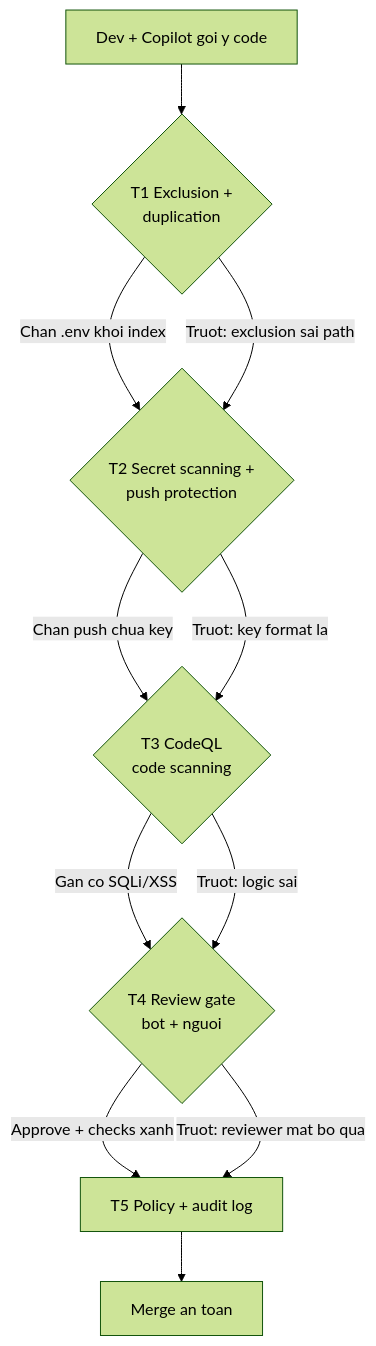
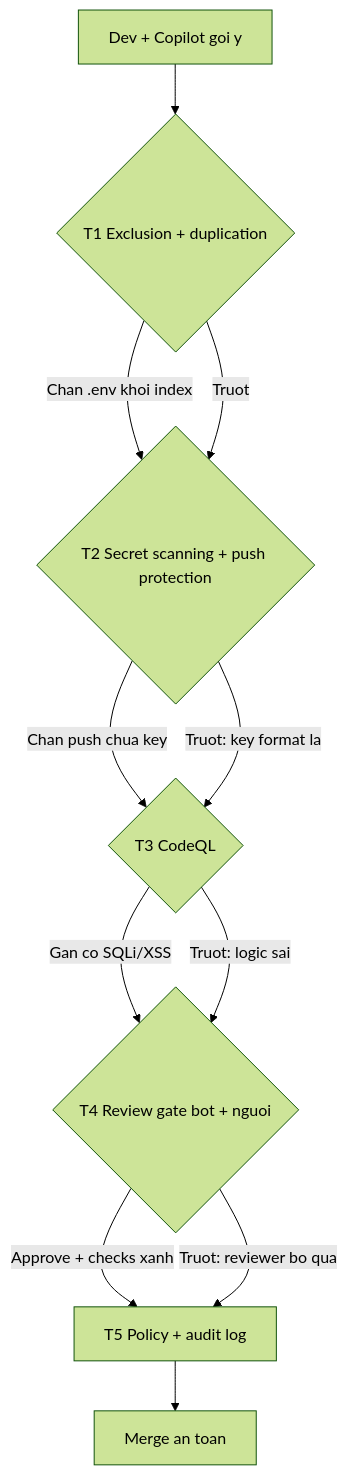
The diagram in 01-huong-dan-su-dung/15-security-stack-5-tang.md (nbhson/tutorial-github-copilot), drawn with Mermaid (forest theme) before and after one commit. The commit also changed other lines of this file and 41 other files, not shown here.

````diff
--- a/01-huong-dan-su-dung/15-security-stack-5-tang.md
+++ b/01-huong-dan-su-dung/15-security-stack-5-tang.md
@@ -103,13 +39,13 @@
 ```mermaid
 flowchart TD
-    A[Dev + Copilot goi y code] --> T1{T1 Exclusion +<br/>duplication}
-    T1 -->|Chan .env khoi index| T2{T2 Secret scanning +<br/>push protection}
-    T1 -->|Truot: exclusion sai path| T2
-    T2 -->|Chan push chua key| T3{T3 CodeQL<br/>code scanning}
+    A[Dev + Copilot goi y] --> T1{T1 Exclusion + duplication}
+    T1 -->|Chan .env khoi index| T2{T2 Secret scanning + push protection}
+    T1 -->|Truot| T2
+    T2 -->|Chan push chua key| T3{T3 CodeQL}
     T2 -->|Truot: key format la| T3
-    T3 -->|Gan co SQLi/XSS| T4{T4 Review gate<br/>bot + nguoi}
+    T3 -->|Gan co SQLi/XSS| T4{T4 Review gate bot + nguoi}
     T3 -->|Truot: logic sai| T4
     T4 -->|Approve + checks xanh| T5[T5 Policy + audit log]
-    T4 -->|Truot: reviewer mat bo qua| T5
+    T4 -->|Truot: reviewer bo qua| T5
     T5 --> M[Merge an toan]
 ```
````
